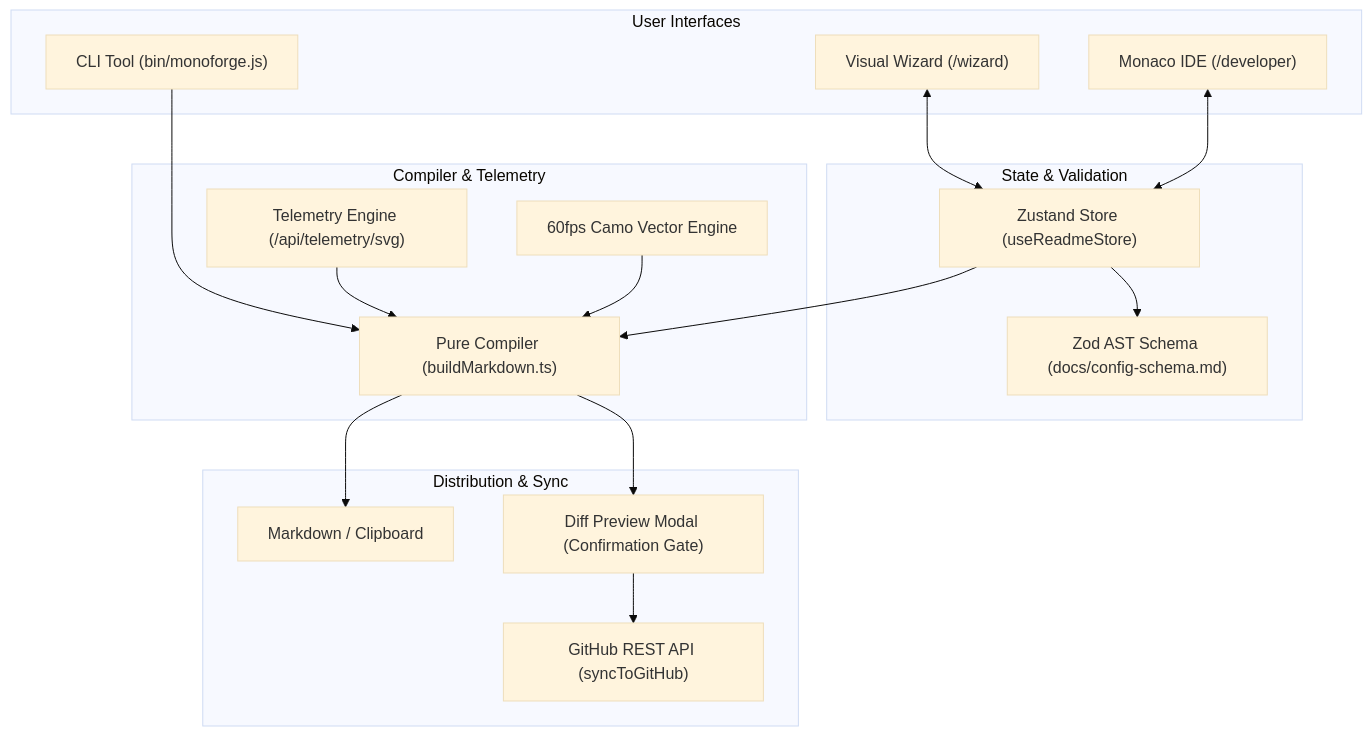
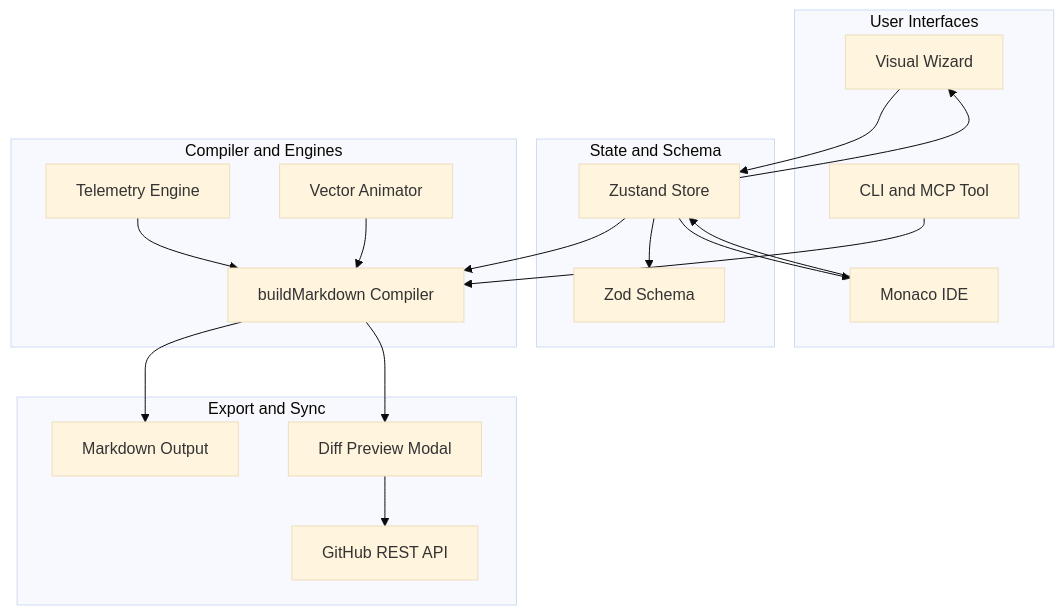
One commit to yuvraj-thakur-exe/MONOFORGE changed the second of 2 diagrams in README.md. Above: the diagram before and after it, drawn with Mermaid (base theme). The commit also changed other lines of this file, not shown here.

Commit message:
docs(readme): fix mermaid syntax for GitHub renderer with dual ASCII fallbacks

````diff
--- a/README.md
+++ b/README.md
@@ -419,36 +426,38 @@
 ```mermaid
 flowchart TD
-    subgraph UI ["User Interfaces"]
-        Wizard["Visual Wizard (/wizard)"]
-        Monaco["Monaco IDE (/developer)"]
-        CLI["CLI Tool (bin/monoforge.js)"]
+    subgraph UI[User Interfaces]
+        W[Visual Wizard]
+        M[Monaco IDE]
+        C[CLI and MCP Tool]
     end
 
-    subgraph State ["State & Validation"]
-        Store["Zustand Store (useReadmeStore)"]
-        Schema["Zod AST Schema (docs/config-schema.md)"]
+    subgraph State[State and Schema]
+        S[Zustand Store]
+        Z[Zod Schema]
     end
 
-    subgraph Core ["Compiler & Telemetry"]
-        Builder["Pure Compiler (buildMarkdown.ts)"]
-        Telemetry["Telemetry Engine (/api/telemetry/svg)"]
-        Animator["60fps Camo Vector Engine"]
+    subgraph Core[Compiler and Engines]
+        B[buildMarkdown Compiler]
+        T[Telemetry Engine]
+        V[Vector Animator]
     end
 
-    subgraph Output ["Distribution & Sync"]
-        Clipboard["Markdown / Clipboard"]
-        Diff["Diff Preview Modal (Confirmation Gate)"]
-        Sync["GitHub REST API (syncToGitHub)"]
+    subgraph Output[Export and Sync]
+        MD[Markdown Output]
+        DP[Diff Preview Modal]
+        GH[GitHub REST API]
     end
 
-    Wizard <--> Store
-    Monaco <--> Store
-    CLI --> Builder
-    Store --> Schema
-    Store --> Builder
-    Telemetry --> Builder
-    Animator --> Builder
-    Builder --> Clipboard
-    Builder --> Diff
-    Diff --> Sync
+    W --> S
+    S --> W
+    M --> S
+    S --> M
+    C --> B
+    S --> Z
+    S --> B
+    T --> B
+    V --> B
+    B --> MD
+    B --> DP
+    DP --> GH
 ```
````
